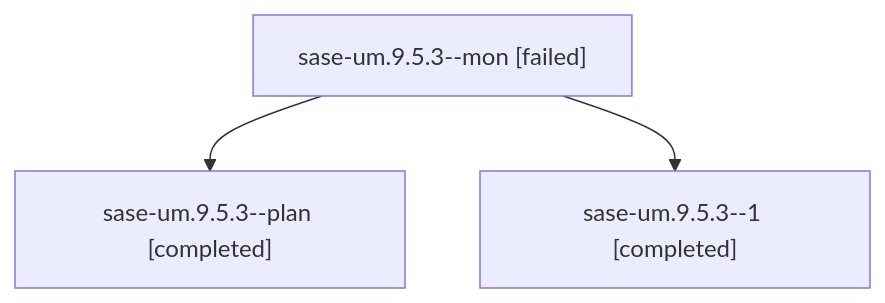
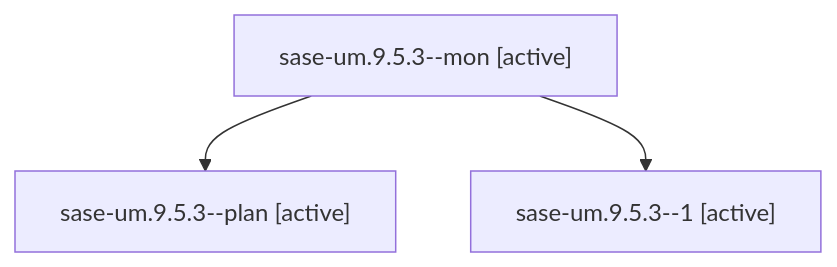
Before and after one commit to sase-org/sase--agents: the diagram in families/bbugyi200.athena.sase-um.9.5.3.md, drawn with Mermaid. The commit also changed other lines of this file and 35830 other files, not shown here.

````diff
--- a/families/bbugyi200.athena.sase-um.9.5.3.md
+++ b/families/bbugyi200.athena.sase-um.9.5.3.md
@@ -9,8 +9,8 @@
 ```mermaid
 flowchart TD
-  n0["sase-um.9.5.3--mon [failed]"]
-  n1["sase-um.9.5.3--plan [completed]"]
+  n0["sase-um.9.5.3--mon [active]"]
+  n1["sase-um.9.5.3--plan [active]"]
   n0 --> n1
-  n2["sase-um.9.5.3--1 [completed]"]
+  n2["sase-um.9.5.3--1 [active]"]
   n0 --> n2
 ```
````
